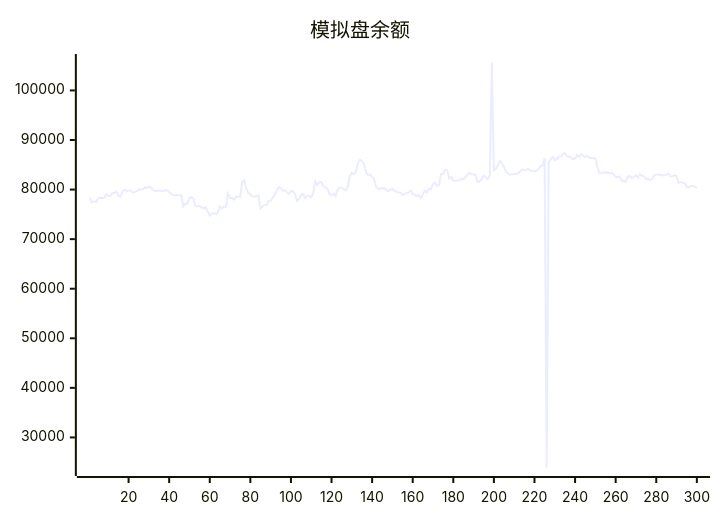
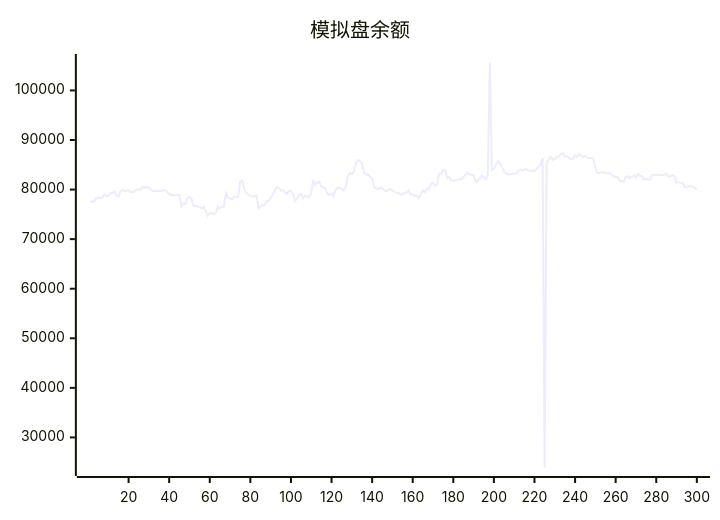
Before and after one commit to aahl/ai-trading: the diagram in README.md, drawn with Mermaid. The commit also changed other lines of this file and 1 other file, not shown here.

````diff
--- a/README.md
+++ b/README.md
@@ -5,5 +5,5 @@
 ```mermaid
 xychart
     title "模拟盘余额"
-    line [78380,77432,77623,77504,78235,78358,78284,78277,79048,78714,78714,79290,79308,79567,78763,78563,79603,79988,79652,79813,79813,79476,79469,79673,79995,80015,80015,80486,80314,80600,80436,79966,79689,79689,79819,79692,79692,79850,79850,79518,79071,78889,78850,78850,78878,78878,76554,77202,77103,78357,78510,78106,76678,76677,76672,76411,76159,76485,75656,74695,75197,75246,75052,75334,76564,76179,76553,76551,79196,78300,78300,77944,78531,78531,78521,81564,81884,80160,79335,79055,78675,78580,78708,78764,76179,76586,76902,76876,77658,77669,78346,79023,79769,80497,80366,79761,79896,79448,79126,79749,79658,79097,77695,78114,78888,79126,78249,78738,78653,78478,79271,81680,80923,81488,81527,80681,80455,80190,79084,78879,79193,78686,79954,80403,80374,80118,79848,80491,82665,83351,83098,83525,85430,85983,85737,85221,83378,83014,83043,82613,82216,80477,80208,80081,80348,80277,79894,79670,79965,80093,79786,79542,79406,79371,78893,79087,79304,79406,79841,79072,78978,78696,78846,78272,79085,79787,79442,80198,80031,81120,81379,80718,80985,83214,83212,83993,83921,82270,82547,81776,81776,81866,81866,82158,82061,82596,83000,83408,83041,83050,82858,81503,81691,82188,82812,82517,82092,82901,105633,83898,84180,85030,85781,85178,84604,83569,83298,83008,83093,83107,83175,83228,83729,84025,84017,84019,84177,83775,83762,83785,83738,84160,84639,84939,86370,23934,85548,86046,86599,85942,86161,86622,86664,87115,87369,86666,86685,86384,86152,86243,86969,86548,87164,86885,86566,86809,86427,86348,86417,86273,84538,83299,83369,83430,83490,83404,83270,83362,83056,82605,82459,82614,81734,81788,81551,82598,82702,82320,82580,82878,82426,83139,82778,82686,82056,82166,81963,82110,82951,82983,82984,83038,82838,82915,82998,83235,82642,82682,82858,82746,81396,81512,81362,81277,80600,80461,80699,80673,80616,80288]
+    line [77432,77623,77504,78235,78358,78284,78277,79048,78714,78714,79290,79308,79567,78763,78563,79603,79988,79652,79813,79813,79476,79469,79673,79995,80015,80015,80486,80314,80600,80436,79966,79689,79689,79819,79692,79692,79850,79850,79518,79071,78889,78850,78850,78878,78878,76554,77202,77103,78357,78510,78106,76678,76677,76672,76411,76159,76485,75656,74695,75197,75246,75052,75334,76564,76179,76553,76551,79196,78300,78300,77944,78531,78531,78521,81564,81884,80160,79335,79055,78675,78580,78708,78764,76179,76586,76902,76876,77658,77669,78346,79023,79769,80497,80366,79761,79896,79448,79126,79749,79658,79097,77695,78114,78888,79126,78249,78738,78653,78478,79271,81680,80923,81488,81527,80681,80455,80190,79084,78879,79193,78686,79954,80403,80374,80118,79848,80491,82665,83351,83098,83525,85430,85983,85737,85221,83378,83014,83043,82613,82216,80477,80208,80081,80348,80277,79894,79670,79965,80093,79786,79542,79406,79371,78893,79087,79304,79406,79841,79072,78978,78696,78846,78272,79085,79787,79442,80198,80031,81120,81379,80718,80985,83214,83212,83993,83921,82270,82547,81776,81776,81866,81866,82158,82061,82596,83000,83408,83041,83050,82858,81503,81691,82188,82812,82517,82092,82901,105633,83898,84180,85030,85781,85178,84604,83569,83298,83008,83093,83107,83175,83228,83729,84025,84017,84019,84177,83775,83762,83785,83738,84160,84639,84939,86370,23934,85548,86046,86599,85942,86161,86622,86664,87115,87369,86666,86685,86384,86152,86243,86969,86548,87164,86885,86566,86809,86427,86348,86417,86273,84538,83299,83369,83430,83490,83404,83270,83362,83056,82605,82459,82614,81734,81788,81551,82598,82702,82320,82580,82878,82426,83139,82778,82686,82056,82166,81963,82110,82951,82983,82984,83038,82838,82915,82998,83235,82642,82682,82858,82746,81396,81512,81362,81277,80600,80461,80699,80673,80616,80288,80038]
 ```
````
